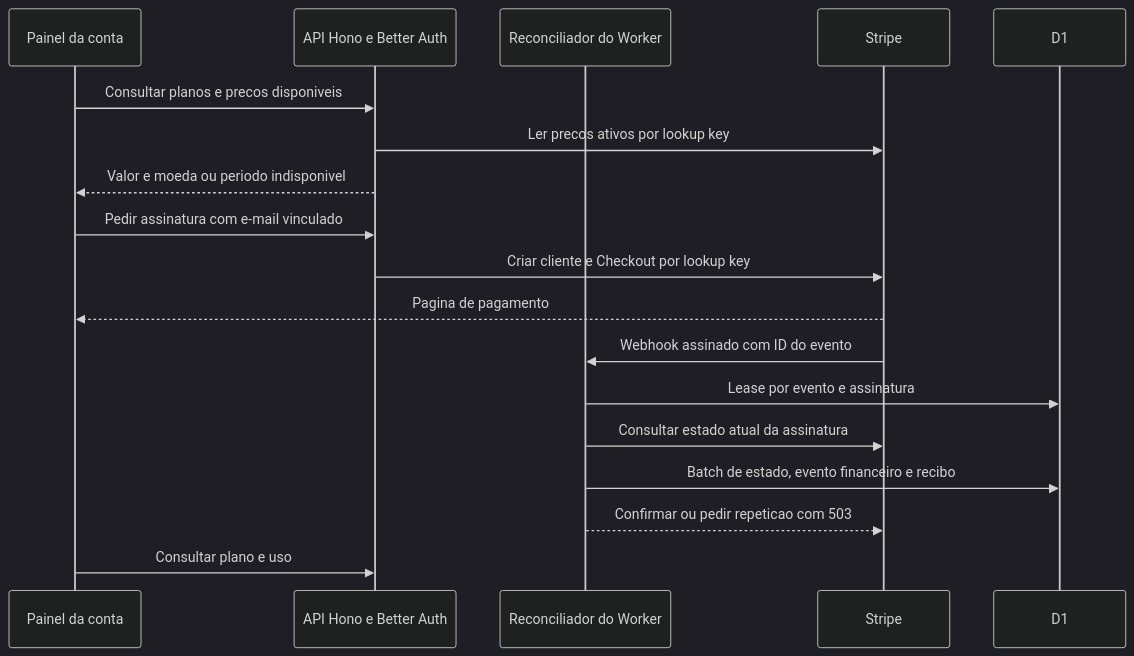
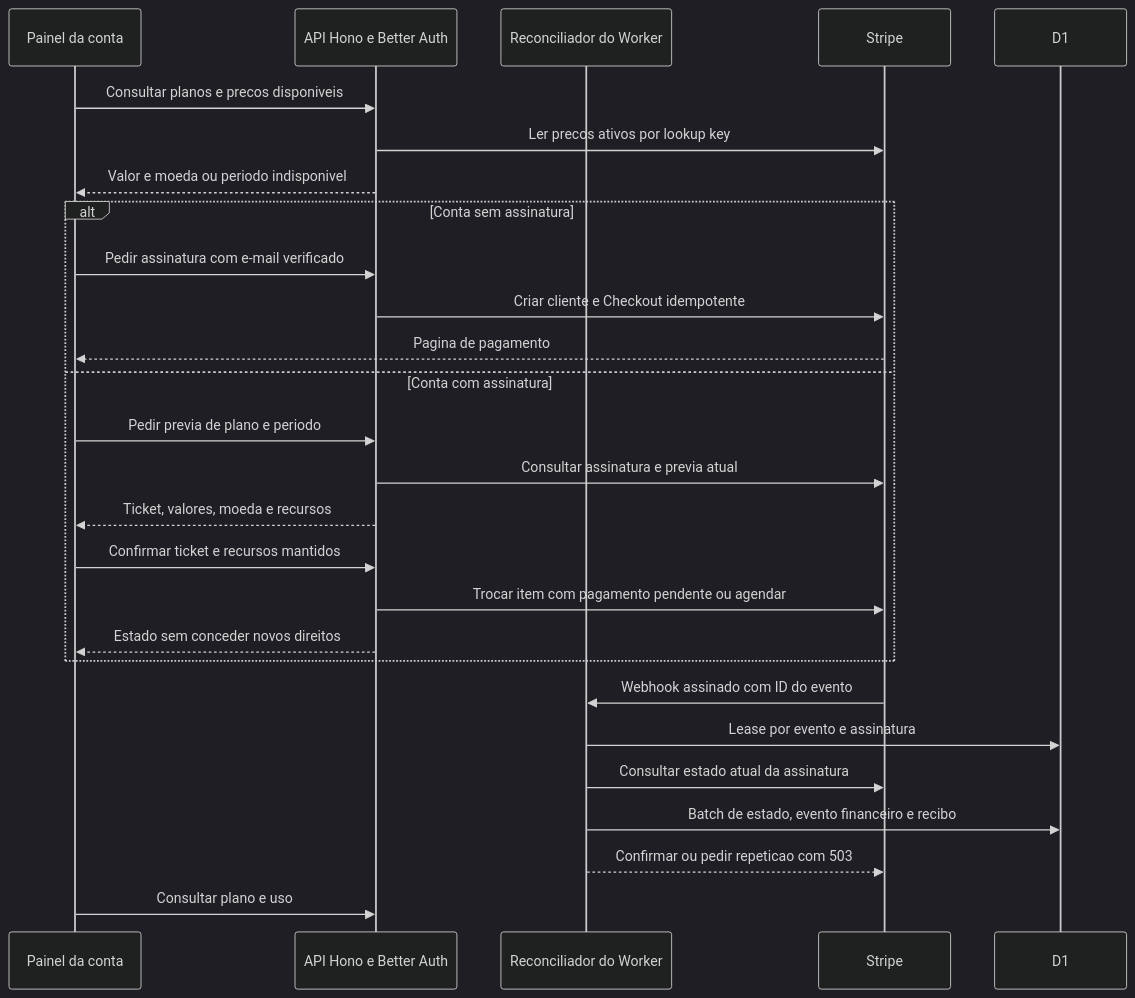
One commit to gabriellsalesx/blup changed the fifth of 7 diagrams in docs/arquitetura.md. Above: the diagram before and after it, drawn with Mermaid (dark theme). The commit also changed other lines of this file and 9 other files, not shown here.

````diff
--- a/docs/arquitetura.md
+++ b/docs/arquitetura.md
@@ -160,20 +160,29 @@
 ```mermaid
 sequenceDiagram
   participant U as Painel da conta
   participant A as API Hono e Better Auth
   participant W as Reconciliador do Worker
   participant T as Stripe
   participant D as D1
   U->>A: Consultar planos e precos disponiveis
   A->>T: Ler precos ativos por lookup key
   A-->>U: Valor e moeda ou periodo indisponivel
-  U->>A: Pedir assinatura com e-mail vinculado
-  A->>T: Criar cliente e Checkout por lookup key
-  T-->>U: Pagina de pagamento
+  alt Conta sem assinatura
+    U->>A: Pedir assinatura com e-mail verificado
+    A->>T: Criar cliente e Checkout idempotente
+    T-->>U: Pagina de pagamento
+  else Conta com assinatura
+    U->>A: Pedir previa de plano e periodo
+    A->>T: Consultar assinatura e previa atual
+    A-->>U: Ticket, valores, moeda e recursos
+    U->>A: Confirmar ticket e recursos mantidos
+    A->>T: Trocar item com pagamento pendente ou agendar
+    A-->>U: Estado sem conceder novos direitos
+  end
   T->>W: Webhook assinado com ID do evento
   W->>D: Lease por evento e assinatura
   W->>T: Consultar estado atual da assinatura
   W->>D: Batch de estado, evento financeiro e recibo
   W-->>T: Confirmar ou pedir repeticao com 503
   U->>A: Consultar plano e uso
 ```
````
